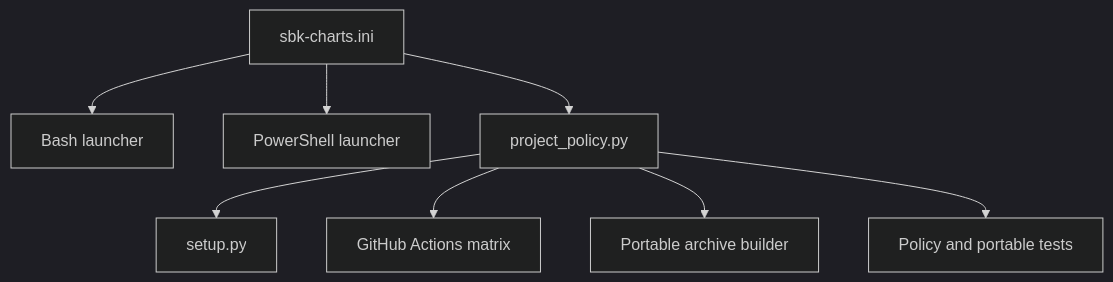
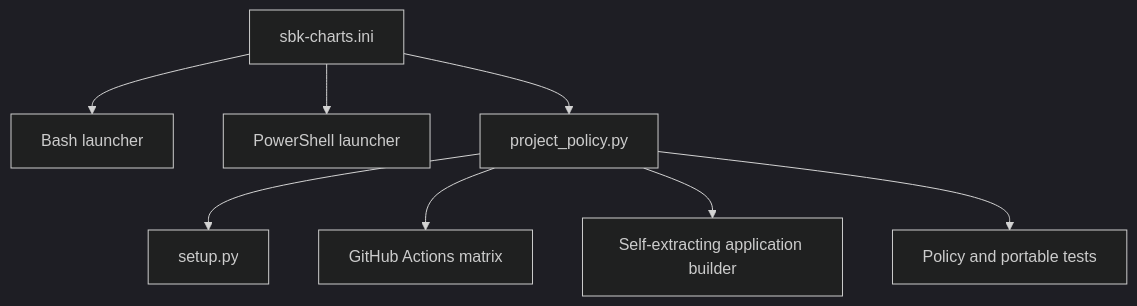
One commit to kmgowda/sbk-charts changed the diagram in docs/POLICY.md. Above: the diagram before and after it, drawn with Mermaid (dark theme). The commit also changed other lines of this file and 17 other files, not shown here.

Commit message:
Build persistent self-extracting portable applications

````diff
--- a/docs/POLICY.md
+++ b/docs/POLICY.md
@@ -19,10 +19,10 @@
 ```mermaid
 flowchart TD
     P[sbk-charts.ini] --> B[Bash launcher]
     P --> W[PowerShell launcher]
     P --> H[project_policy.py]
     H --> S[setup.py]
     H --> C[GitHub Actions matrix]
-    H --> A[Portable archive builder]
+    H --> A[Self-extracting application builder]
     H --> T[Policy and portable tests]
 ```
````
